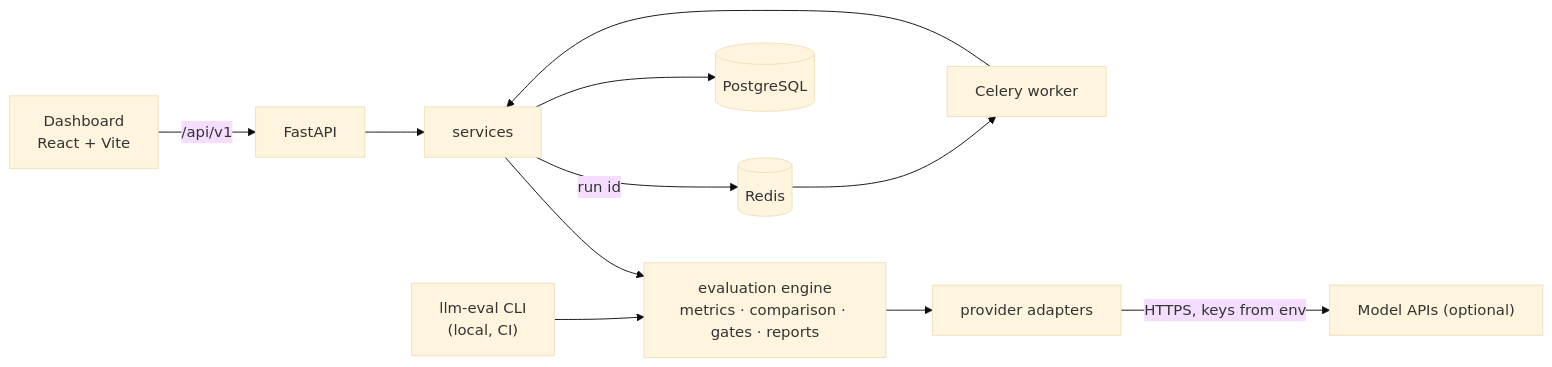
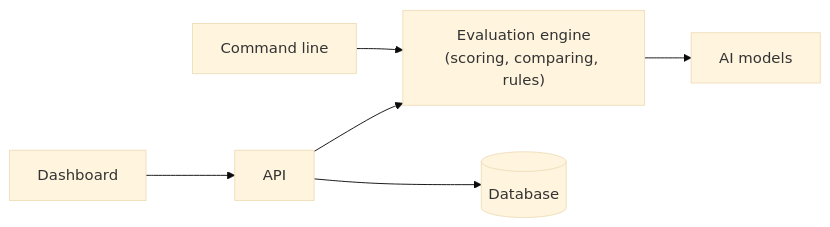
The diagram in README.md (anasfwp/llm-evaluation-platform), drawn with Mermaid (base theme) before and after one commit. The commit also changed other lines of this file, not shown here.

````diff
--- a/README.md
+++ b/README.md
@@ -49,10 +109,8 @@
 ```mermaid
 flowchart LR
-    UI["Dashboard<br/>React + Vite"] -- "/api/v1" --> API["FastAPI"]
-    CLI["llm-eval CLI<br/>(local, CI)"] --> ENG
-    API --> SVC["services"]
-    SVC --> PG[("PostgreSQL")]
-    SVC -- "run id" --> R[("Redis")] --> W["Celery worker"] --> SVC
-    SVC --> ENG["evaluation engine<br/>metrics · comparison · gates · reports"]
-    ENG --> PROV["provider adapters"] -- "HTTPS, keys from env" --> LLM["Model APIs (optional)"]
+    UI["Dashboard"] --> API["API"]
+    CLI["Command line"] --> ENG
+    API --> ENG["Evaluation engine<br/>(scoring, comparing, rules)"]
+    ENG --> M["AI models"]
+    API --> DB[("Database")]
 ```
````
